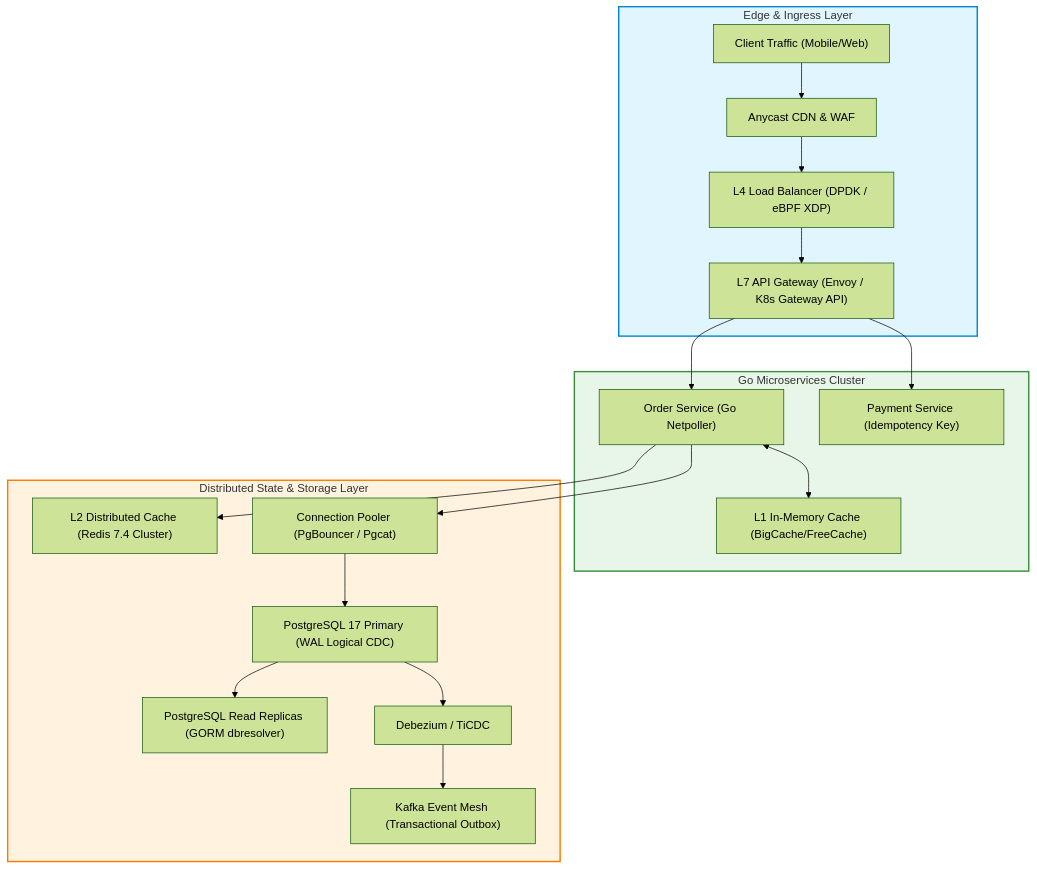
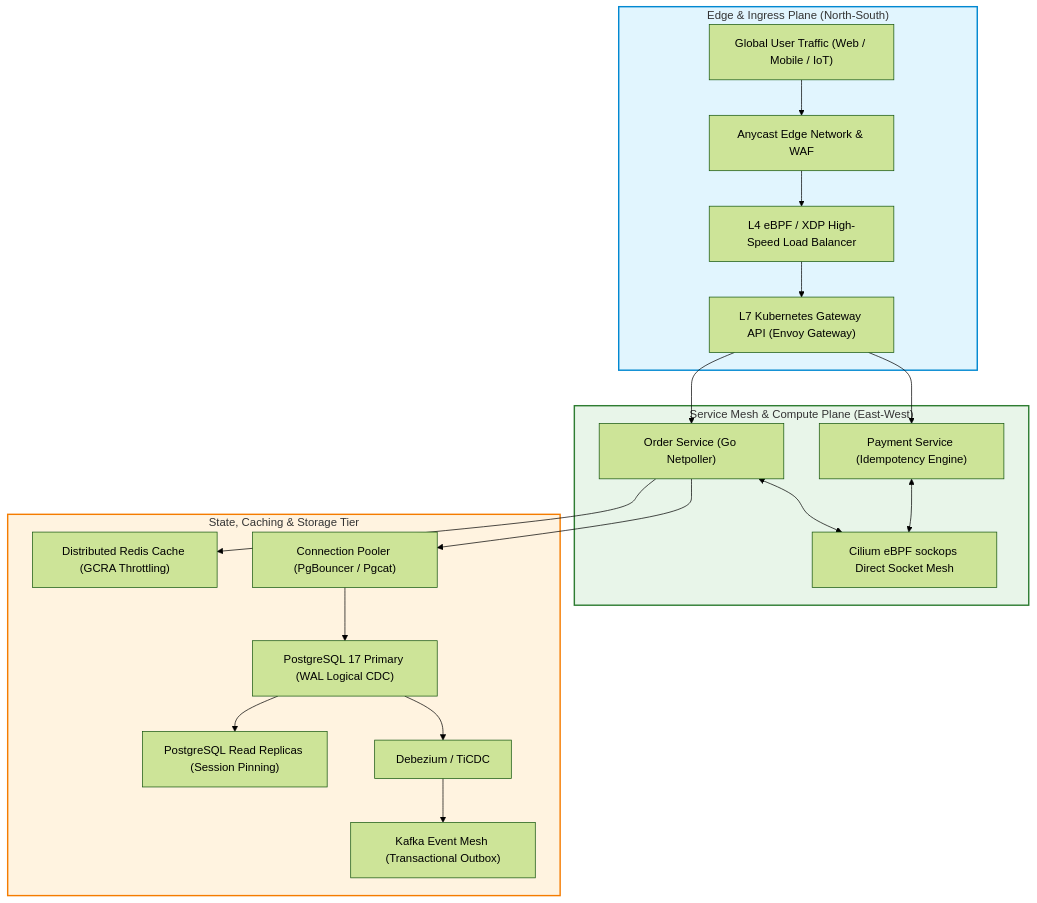
The first of 3 diagrams in content/series/high-concurrency-systems/_index.md (vesviet/vesviet), drawn with Mermaid (forest theme) before and after one commit. The commit also changed other lines of this file and 149 other files, not shown here.

````diff
--- a/content/series/high-concurrency-systems/_index.md
+++ b/content/series/high-concurrency-systems/_index.md
@@ -31,30 +29,31 @@
 ```mermaid
 flowchart TD
-    subgraph Ingress ["Edge & Ingress Layer"]
-        User["Client Traffic (Mobile/Web)"] --> CDN["Anycast CDN & WAF"]
-        CDN --> L4["L4 Load Balancer (DPDK / eBPF XDP)"]
-        L4 --> L7["L7 API Gateway (Envoy / K8s Gateway API)"]
+    subgraph EdgeIngress ["Edge & Ingress Plane (North-South)"]
+        User["Global User Traffic (Web / Mobile / IoT)"] --> Anycast["Anycast Edge Network & WAF"]
+        Anycast --> L4["L4 eBPF / XDP High-Speed Load Balancer"]
+        L4 --> L7["L7 Kubernetes Gateway API (Envoy Gateway)"]
     end
 
-    subgraph Compute ["Go Microservices Cluster"]
-        L7 --> SvcA["Order Service (Go Netpoller)"]
-        L7 --> SvcB["Payment Service (Idempotency Key)"]
-        SvcA <--> CacheL1["L1 In-Memory Cache (BigCache/FreeCache)"]
+    subgraph ServiceMesh ["Service Mesh & Compute Plane (East-West)"]
+        L7 --> SvcOrders["Order Service (Go Netpoller)"]
+        L7 --> SvcPayments["Payment Service (Idempotency Engine)"]
+        SvcOrders <--> SvcMesh["Cilium eBPF sockops Direct Socket Mesh"]
+        SvcPayments <--> SvcMesh
     end
 
-    subgraph StateTier ["Distributed State & Storage Layer"]
-        SvcA --> Redis["L2 Distributed Cache (Redis 7.4 Cluster)"]
-        SvcA --> PgBouncer["Connection Pooler (PgBouncer / Pgcat)"]
+    subgraph StateTier ["State, Caching & Storage Tier"]
+        SvcOrders --> RedisCluster["Distributed Redis Cache (GCRA Throttling)"]
+        SvcOrders --> PgBouncer["Connection Pooler (PgBouncer / Pgcat)"]
         PgBouncer --> DBPrimary["PostgreSQL 17 Primary (WAL Logical CDC)"]
-        DBPrimary --> DBReplica["PostgreSQL Read Replicas (GORM dbresolver)"]
+        DBPrimary --> DBReplica["PostgreSQL Read Replicas (Session Pinning)"]
         DBPrimary --> CDC["Debezium / TiCDC"]
         CDC --> Kafka["Kafka Event Mesh (Transactional Outbox)"]
     end
 
     classDef edge fill:#e1f5fe,stroke:#0288d1,stroke-width:2px;
-    classDef comp fill:#e8f5e9,stroke:#388e3c,stroke-width:2px;
-    classDef storage fill:#fff3e0,stroke:#f57c00,stroke-width:2px;
-    class Ingress edge;
-    class Compute comp;
-    class StateTier storage;
+    classDef comp fill:#e8f5e9,stroke:#2e7d32,stroke-width:2px;
+    classDef state fill:#fff3e0,stroke:#f57c00,stroke-width:2px;
+    class EdgeIngress edge;
+    class ServiceMesh comp;
+    class StateTier state;
 ```
````
